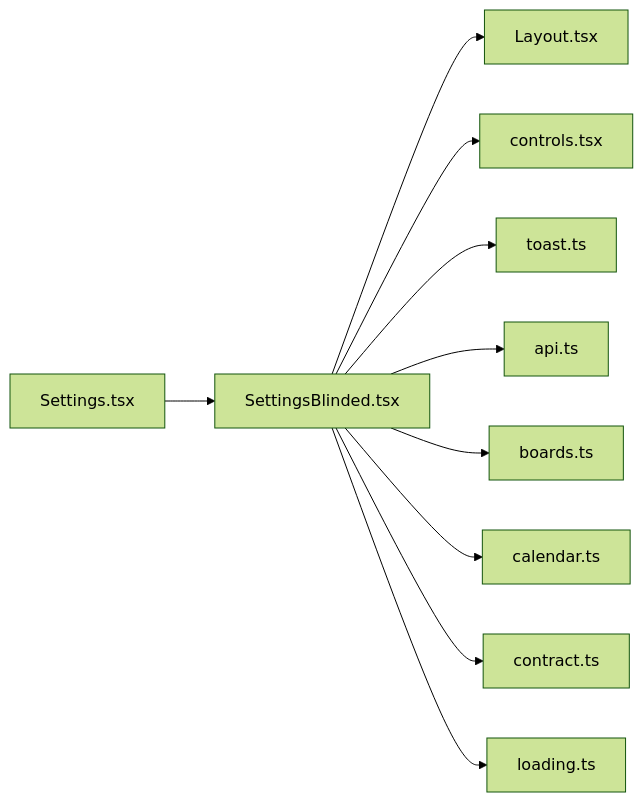
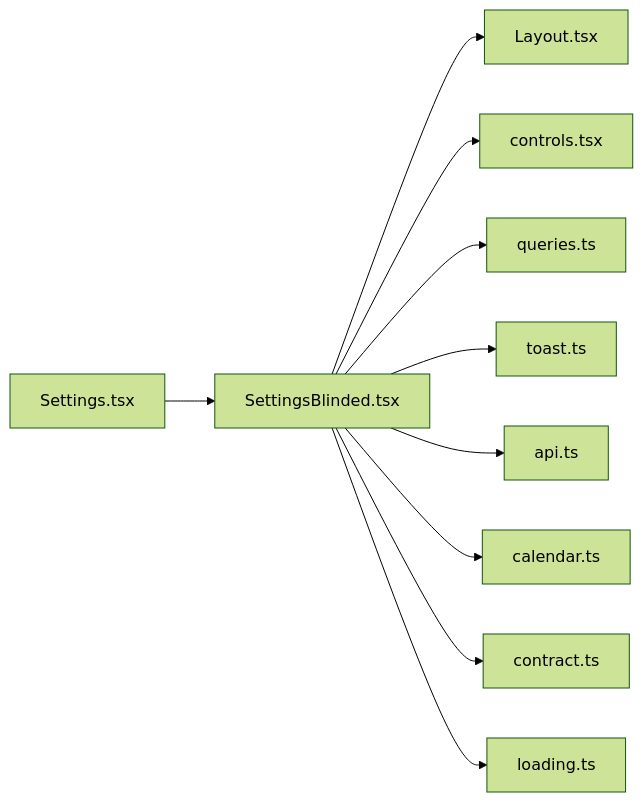
Before and after one commit to minkong-dev/Banblit: the diagram in .cluedoc/graph/frontend/src/routes/SettingsBlinded.md, drawn with Mermaid (forest theme). The commit also changed other lines of this file and 41 other files, not shown here.

First line of the commit message:
frontend: keep shared query keys and the team roster query in queries.ts

````diff
--- a/.cluedoc/graph/frontend/src/routes/SettingsBlinded.md
+++ b/.cluedoc/graph/frontend/src/routes/SettingsBlinded.md
@@ -10,13 +10,13 @@
 ```mermaid
 flowchart LR
   frontend_src_routes_SettingsBlinded["SettingsBlinded.tsx"]
   frontend_src_routes_SettingsBlinded --> frontend_src_components_Layout["Layout.tsx"]
   frontend_src_routes_SettingsBlinded --> frontend_src_components_controls["controls.tsx"]
+  frontend_src_routes_SettingsBlinded --> frontend_src_components_queries["queries.ts"]
   frontend_src_routes_SettingsBlinded --> frontend_src_components_toast["toast.ts"]
   frontend_src_routes_SettingsBlinded --> frontend_src_lib_api["api.ts"]
-  frontend_src_routes_SettingsBlinded --> frontend_src_lib_boards["boards.ts"]
   frontend_src_routes_SettingsBlinded --> frontend_src_lib_calendar["calendar.ts"]
   frontend_src_routes_SettingsBlinded --> frontend_src_lib_contract["contract.ts"]
   frontend_src_routes_SettingsBlinded --> frontend_src_lib_loading["loading.ts"]
   frontend_src_routes_Settings["Settings.tsx"] --> frontend_src_routes_SettingsBlinded
 ```
````
